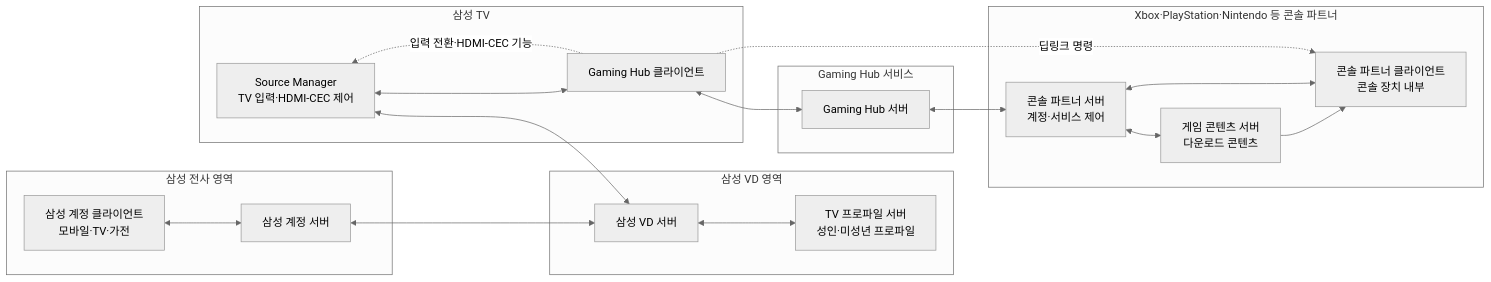
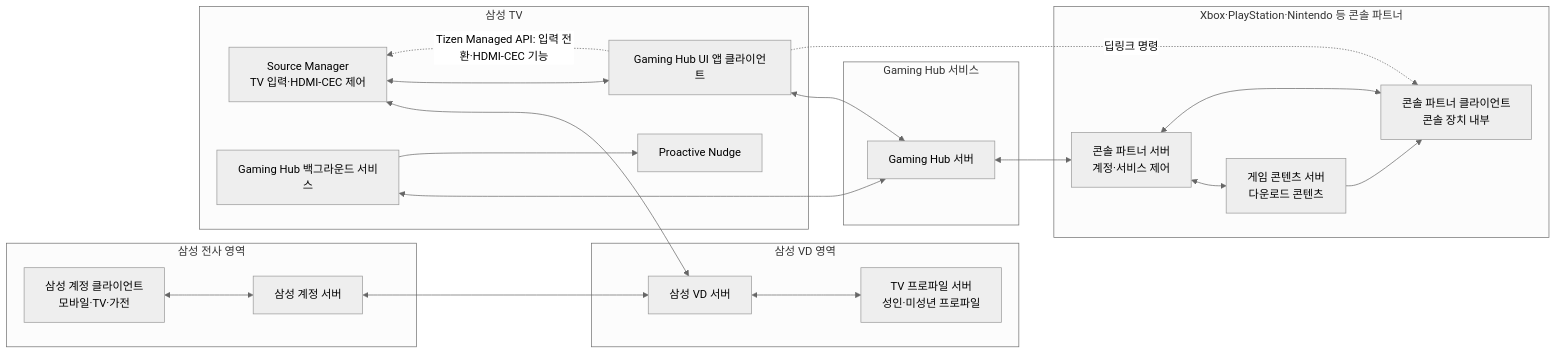
One commit to seock04/gaming-hub-console-content changed the third of 5 diagrams in docs/decision-point-2-architecture.md. Above: the diagram before and after it, drawn with Mermaid (neutral theme). The commit also changed other lines of this file, not shown here.

Commit message:
Split Gaming Hub UI and background service

````diff
--- a/docs/decision-point-2-architecture.md
+++ b/docs/decision-point-2-architecture.md
@@ -289,40 +297,44 @@
 ```mermaid
 flowchart LR
     subgraph Enterprise[삼성 전사 영역]
         AccountClient[삼성 계정 클라이언트\n모바일·TV·가전]
         AccountServer[삼성 계정 서버]
     end
 
     subgraph VD[삼성 VD 영역]
         VDServer[삼성 VD 서버]
         ProfileServer[TV 프로파일 서버\n성인·미성년 프로파일]
     end
 
     subgraph TV[삼성 TV]
         SourceManager[Source Manager\nTV 입력·HDMI-CEC 제어]
-        HubClient[Gaming Hub 클라이언트]
+        HubUI[Gaming Hub UI 앱 클라이언트]
+        HubBackground[Gaming Hub 백그라운드 서비스]
+        Nudge[Proactive Nudge]
     end
 
     subgraph Hub[Gaming Hub 서비스]
         HubServer[Gaming Hub 서버]
     end
 
     subgraph Partner[Xbox·PlayStation·Nintendo 등 콘솔 파트너]
         PartnerServer[콘솔 파트너 서버\n계정·서비스 제어]
         ContentServer[게임 콘텐츠 서버\n다운로드 콘텐츠]
         ConsoleClient[콘솔 파트너 클라이언트\n콘솔 장치 내부]
     end
 
     AccountClient <--> AccountServer
     AccountServer <--> VDServer
     SourceManager <--> VDServer
     VDServer <--> ProfileServer
-    SourceManager <--> HubClient
-    HubClient <--> HubServer
+    SourceManager <--> HubUI
+    HubUI <--> HubServer
+    HubBackground <--> HubServer
+    HubBackground --> Nudge
     HubServer <--> PartnerServer
     PartnerServer <--> ContentServer
     PartnerServer <--> ConsoleClient
     ContentServer --> ConsoleClient
-    HubClient -. "입력 전환·HDMI-CEC 기능" .-> SourceManager
-    HubClient -. "딥링크 명령" .-> ConsoleClient
+    HubUI -. "Tizen Managed API: 입력 전환·HDMI-CEC 기능" .-> SourceManager
+    HubUI -. "딥링크 명령" .-> ConsoleClient
 ```
````
